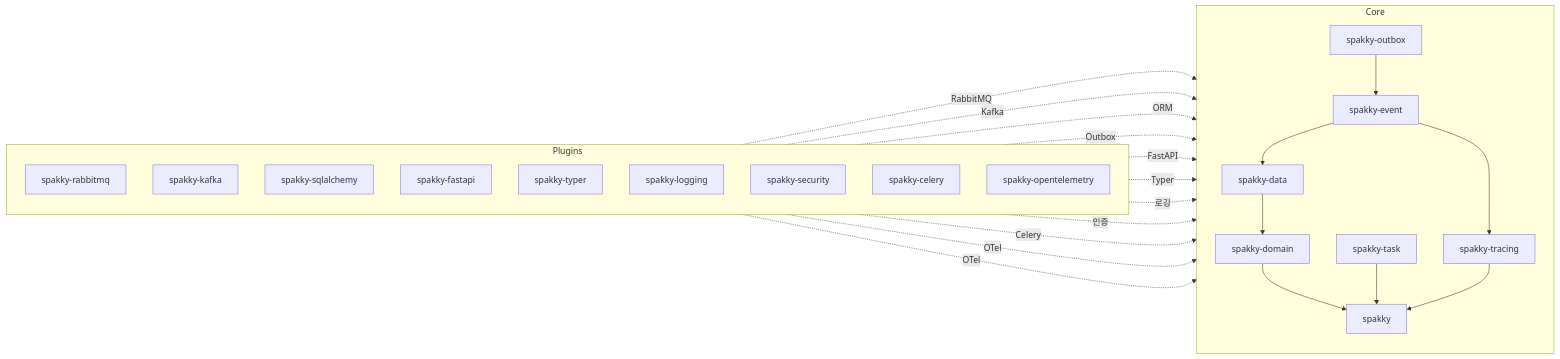
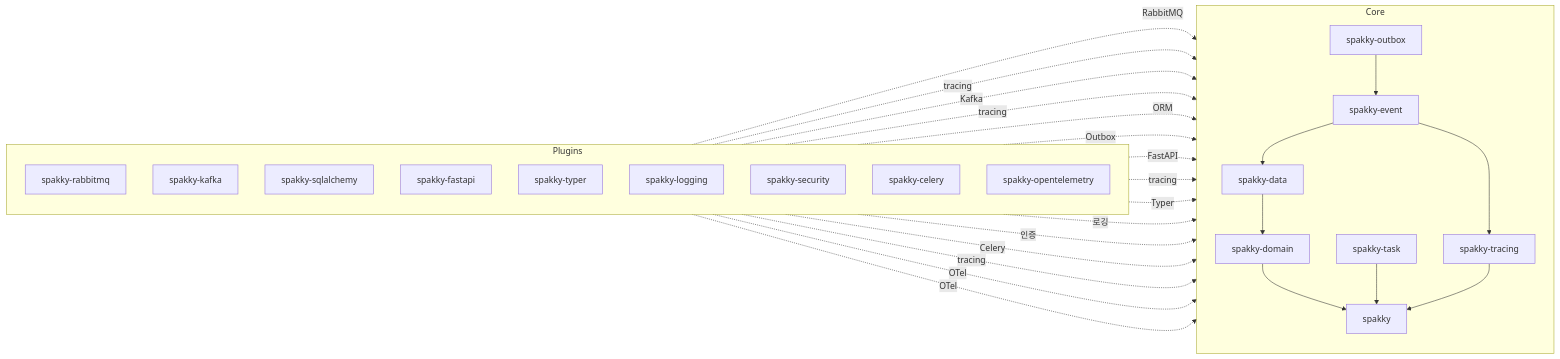
Before and after one commit to E5presso/spakky-framework: the diagram in docs/index.md, drawn with Mermaid. The commit also changed other lines of this file and 7 other files, not shown here.

````diff
--- a/docs/index.md
+++ b/docs/index.md
@@ -240,38 +241,42 @@
 ```mermaid
 flowchart LR
   subgraph Plugins[Plugins]
     direction TB
     rabbitmq[spakky-rabbitmq]
     kafka[spakky-kafka]
     sqlalchemy[spakky-sqlalchemy]
     fastapi[spakky-fastapi]
     typer[spakky-typer]
     logging[spakky-logging]
     security[spakky-security]
     celery[spakky-celery]
     opentelemetry[spakky-opentelemetry]
   end
 
   subgraph Core[Core]
     direction TB
     outbox[spakky-outbox] --> event[spakky-event]
     event --> data[spakky-data]
     event --> tracing_dep[spakky-tracing]
     data --> domain[spakky-domain]
     domain --> core[spakky]
     task[spakky-task] --> core
     tracing_dep --> core
   end
 
   rabbitmq -. RabbitMQ .-> event
+  rabbitmq -. tracing .-> tracing_dep
   kafka -. Kafka .-> event
+  kafka -. tracing .-> tracing_dep
   sqlalchemy -. ORM .-> data
   sqlalchemy -. Outbox .-> outbox
   fastapi -. FastAPI .-> core
+  fastapi -. tracing .-> tracing_dep
   typer -. Typer .-> core
   logging -. 로깅 .-> core
   security -. 인증 .-> core
   celery -. Celery .-> task
+  celery -. tracing .-> tracing_dep
   opentelemetry -. OTel .-> core
   opentelemetry -. OTel .-> tracing_dep
 ```
````
